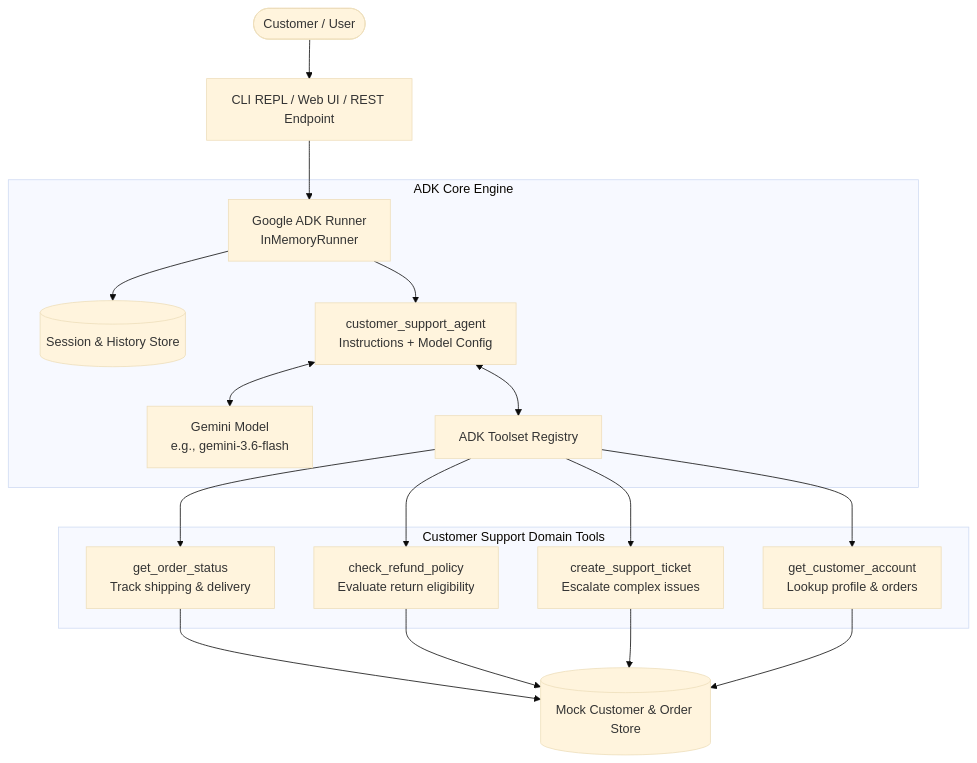
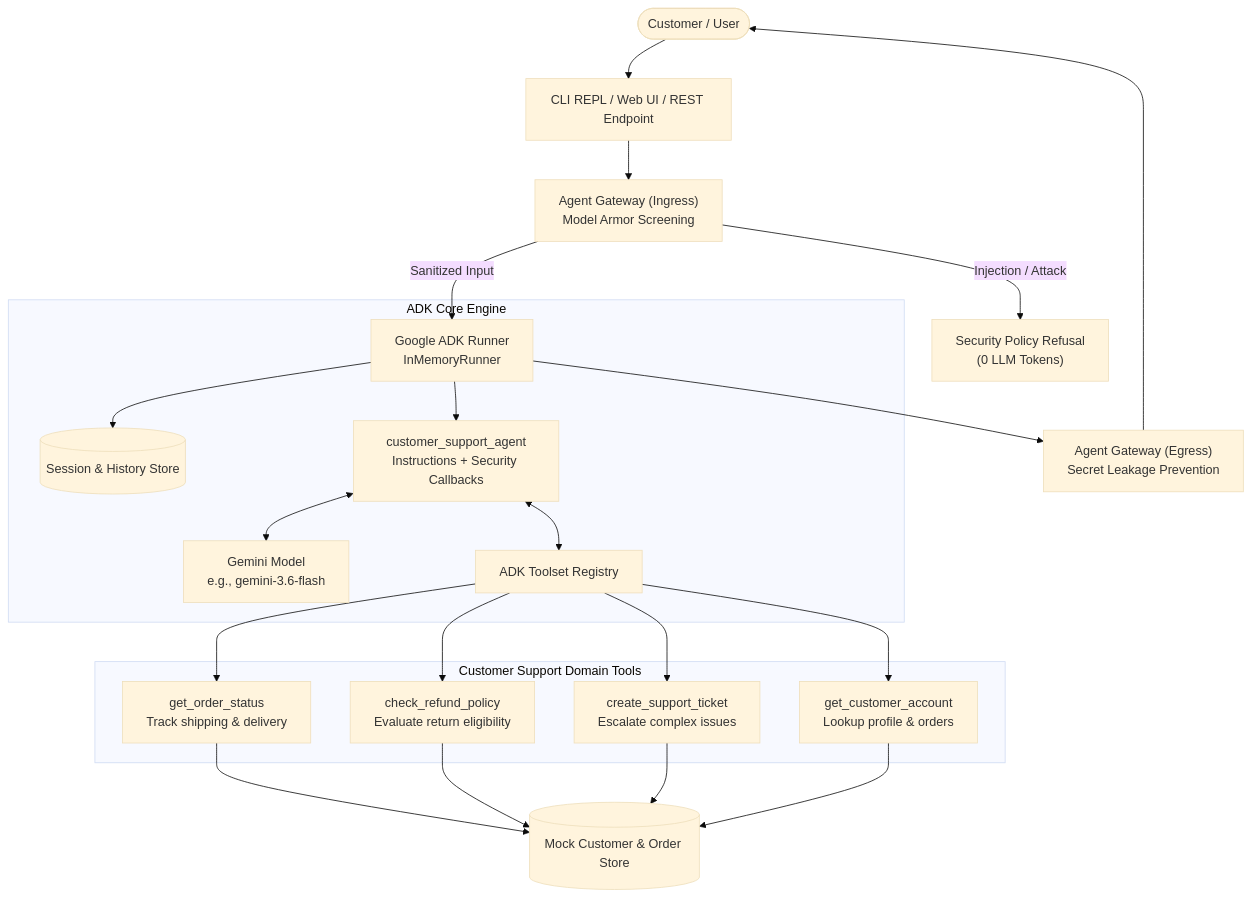
The first of 2 diagrams in docs/ARCHITECTURE.md (noam2030/test), drawn with Mermaid (base theme) before and after one commit. The commit also changed 9 other files, not shown here.

Commit message:
feat(security): integrate Model Armor and Agent Gateway for prompt sanitization, jailbreak defense, and PII masking

````diff
--- a/docs/ARCHITECTURE.md
+++ b/docs/ARCHITECTURE.md
@@ -11,24 +11,30 @@
 ```mermaid
 flowchart TD
     User([Customer / User]) --> Interface[CLI REPL / Web UI / REST Endpoint]
-    Interface --> Runner[Google ADK Runner\nInMemoryRunner]
+    Interface --> IngressGW["Agent Gateway (Ingress)\nModel Armor Screening"]
+    
+    IngressGW -- Injection / Attack --> Refusal["Security Policy Refusal\n(0 LLM Tokens)"]
+    IngressGW -- Sanitized Input --> Runner[Google ADK Runner\nInMemoryRunner]
     
     subgraph ADK Core Engine
         Runner --> SessionMgr[(Session & History Store)]
-        Runner --> Agent[customer_support_agent\nInstructions + Model Config]
+        Runner --> Agent[customer_support_agent\nInstructions + Security Callbacks]
         Agent <--> LLM[Gemini Model\ne.g., gemini-3.6-flash]
         Agent <--> ToolRegistry[ADK Toolset Registry]
     end
 
     subgraph Customer Support Domain Tools
         ToolRegistry --> T1[get_order_status\nTrack shipping & delivery]
         ToolRegistry --> T2[check_refund_policy\nEvaluate return eligibility]
         ToolRegistry --> T3[create_support_ticket\nEscalate complex issues]
         ToolRegistry --> T4[get_customer_account\nLookup profile & orders]
     end
 
     T1 --> MockDB[(Mock Customer & Order Store)]
     T2 --> MockDB
     T3 --> MockDB
     T4 --> MockDB
+
+    Runner --> EgressGW["Agent Gateway (Egress)\nSecret Leakage Prevention"]
+    EgressGW --> User
 ```
````
